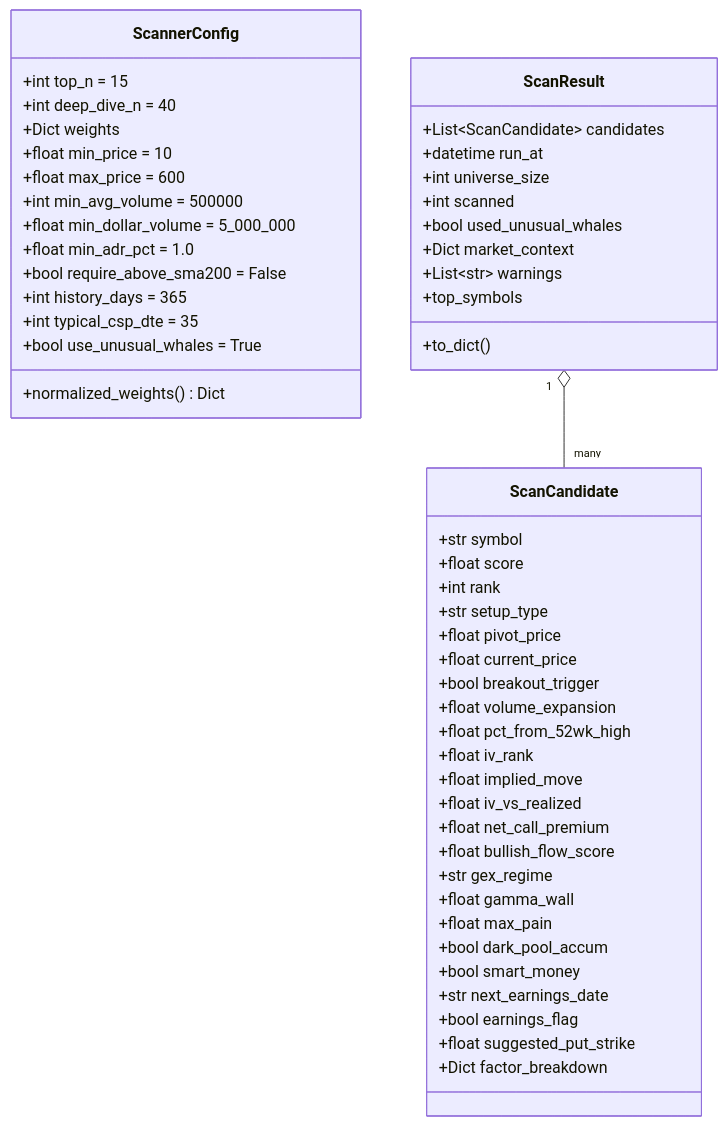
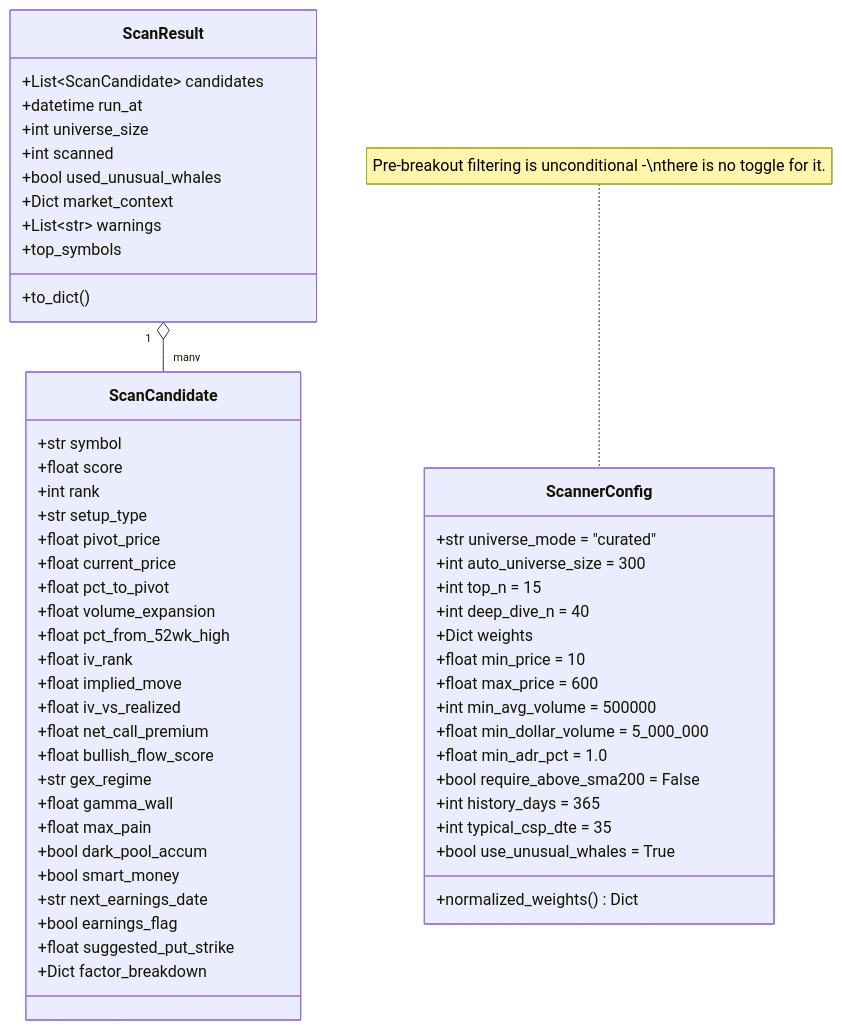
One commit to pk-ux/PutOptionsTrading changed the fourth of 8 diagrams in backend/app/modules/breakout_scanner/ARCHITECTURE.md. Above: the diagram before and after it, drawn with Mermaid. The commit also changed other lines of this file and 22 other files, not shown here.

First line of the commit message:
feat: Harden breakout scanner and add admin-configurable auto-scan

````diff
--- a/backend/app/modules/breakout_scanner/ARCHITECTURE.md
+++ b/backend/app/modules/breakout_scanner/ARCHITECTURE.md
@@ -242,55 +288,58 @@
 ```mermaid
 classDiagram
     class ScannerConfig {
+        +str universe_mode = "curated"
+        +int auto_universe_size = 300
         +int top_n = 15
         +int deep_dive_n = 40
         +Dict weights
         +float min_price = 10
         +float max_price = 600
         +int min_avg_volume = 500000
         +float min_dollar_volume = 5_000_000
         +float min_adr_pct = 1.0
         +bool require_above_sma200 = False
         +int history_days = 365
         +int typical_csp_dte = 35
         +bool use_unusual_whales = True
         +normalized_weights() Dict
     }
+    note for ScannerConfig "Pre-breakout filtering is unconditional -\nthere is no toggle for it."
     class ScanResult {
         +List~ScanCandidate~ candidates
         +datetime run_at
         +int universe_size
         +int scanned
         +bool used_unusual_whales
         +Dict market_context
         +List~str~ warnings
         +top_symbols
         +to_dict()
     }
     class ScanCandidate {
         +str symbol
         +float score
         +int rank
         +str setup_type
         +float pivot_price
         +float current_price
-        +bool breakout_trigger
+        +float pct_to_pivot
         +float volume_expansion
         +float pct_from_52wk_high
         +float iv_rank
         +float implied_move
         +float iv_vs_realized
         +float net_call_premium
         +float bullish_flow_score
         +str gex_regime
         +float gamma_wall
         +float max_pain
         +bool dark_pool_accum
         +bool smart_money
         +str next_earnings_date
         +bool earnings_flag
         +float suggested_put_strike
         +Dict factor_breakdown
     }
     ScanResult "1" o-- "many" ScanCandidate
 ```
````
